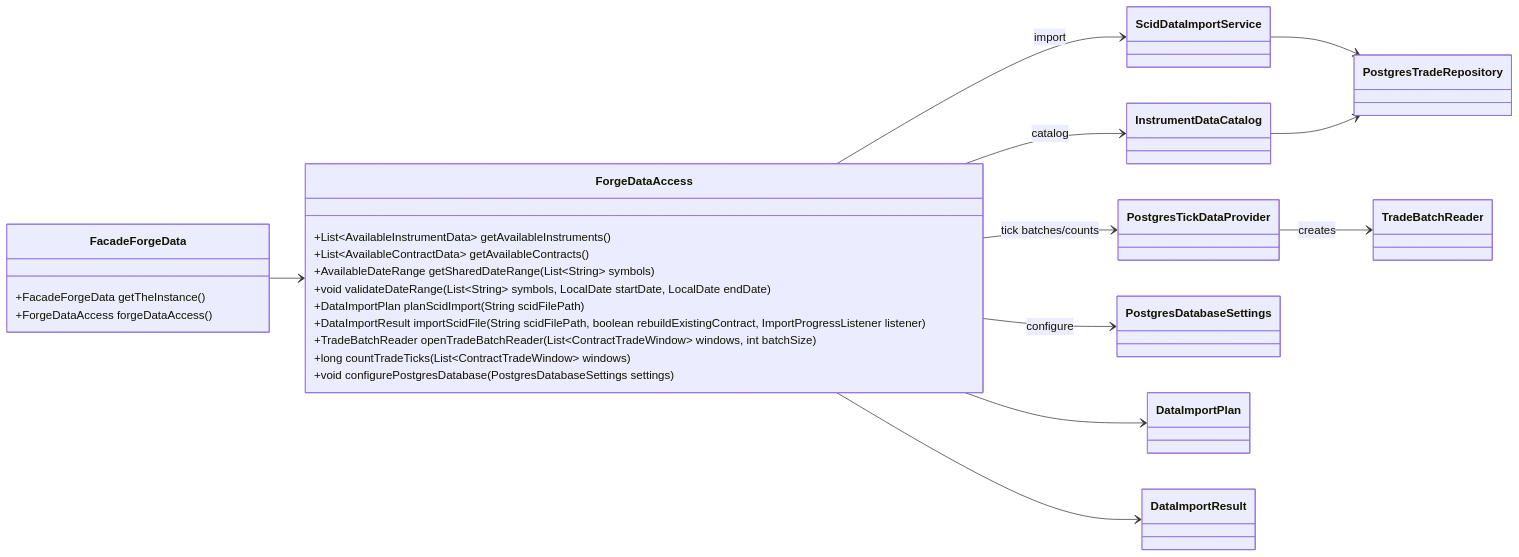
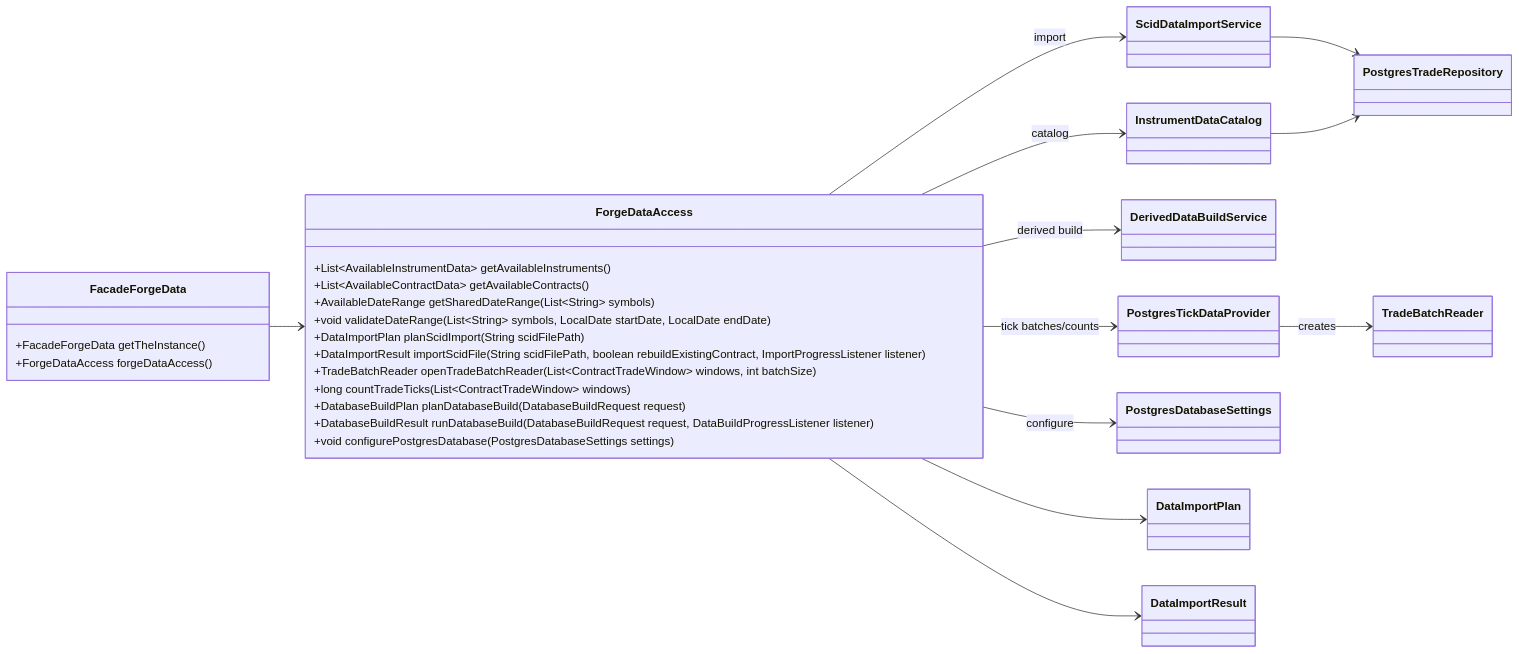
The sixth of 23 diagrams in class-model.md (probst-paul/FORGE), drawn with Mermaid before and after one commit. The commit also changed other lines of this file and 14 other files, not shown here.

First line of the commit message:
Add derived data build workflow and CLI

````diff
--- a/class-model.md
+++ b/class-model.md
@@ -413,41 +401,45 @@
 ```mermaid
 classDiagram
     direction LR
 
     class FacadeForgeData {
         +FacadeForgeData getTheInstance()
         +ForgeDataAccess forgeDataAccess()
     }
 
     class ForgeDataAccess {
         +List~AvailableInstrumentData~ getAvailableInstruments()
         +List~AvailableContractData~ getAvailableContracts()
         +AvailableDateRange getSharedDateRange(List~String~ symbols)
         +void validateDateRange(List~String~ symbols, LocalDate startDate, LocalDate endDate)
         +DataImportPlan planScidImport(String scidFilePath)
         +DataImportResult importScidFile(String scidFilePath, boolean rebuildExistingContract, ImportProgressListener listener)
         +TradeBatchReader openTradeBatchReader(List~ContractTradeWindow~ windows, int batchSize)
         +long countTradeTicks(List~ContractTradeWindow~ windows)
+        +DatabaseBuildPlan planDatabaseBuild(DatabaseBuildRequest request)
+        +DatabaseBuildResult runDatabaseBuild(DatabaseBuildRequest request, DataBuildProgressListener listener)
         +void configurePostgresDatabase(PostgresDatabaseSettings settings)
     }
 
     class InstrumentDataCatalog
     class ScidDataImportService
+    class DerivedDataBuildService
     class PostgresTradeRepository
     class PostgresTickDataProvider
     class PostgresDatabaseSettings
     class TradeBatchReader
     class DataImportPlan
     class DataImportResult
 
     FacadeForgeData --> ForgeDataAccess
     ForgeDataAccess --> InstrumentDataCatalog : catalog
     ForgeDataAccess --> ScidDataImportService : import
+    ForgeDataAccess --> DerivedDataBuildService : derived build
     ForgeDataAccess --> PostgresTickDataProvider : tick batches/counts
     ForgeDataAccess --> PostgresDatabaseSettings : configure
     ScidDataImportService --> PostgresTradeRepository
     InstrumentDataCatalog --> PostgresTradeRepository
     PostgresTickDataProvider --> TradeBatchReader : creates
     ForgeDataAccess --> DataImportPlan
     ForgeDataAccess --> DataImportResult
 ```
````
